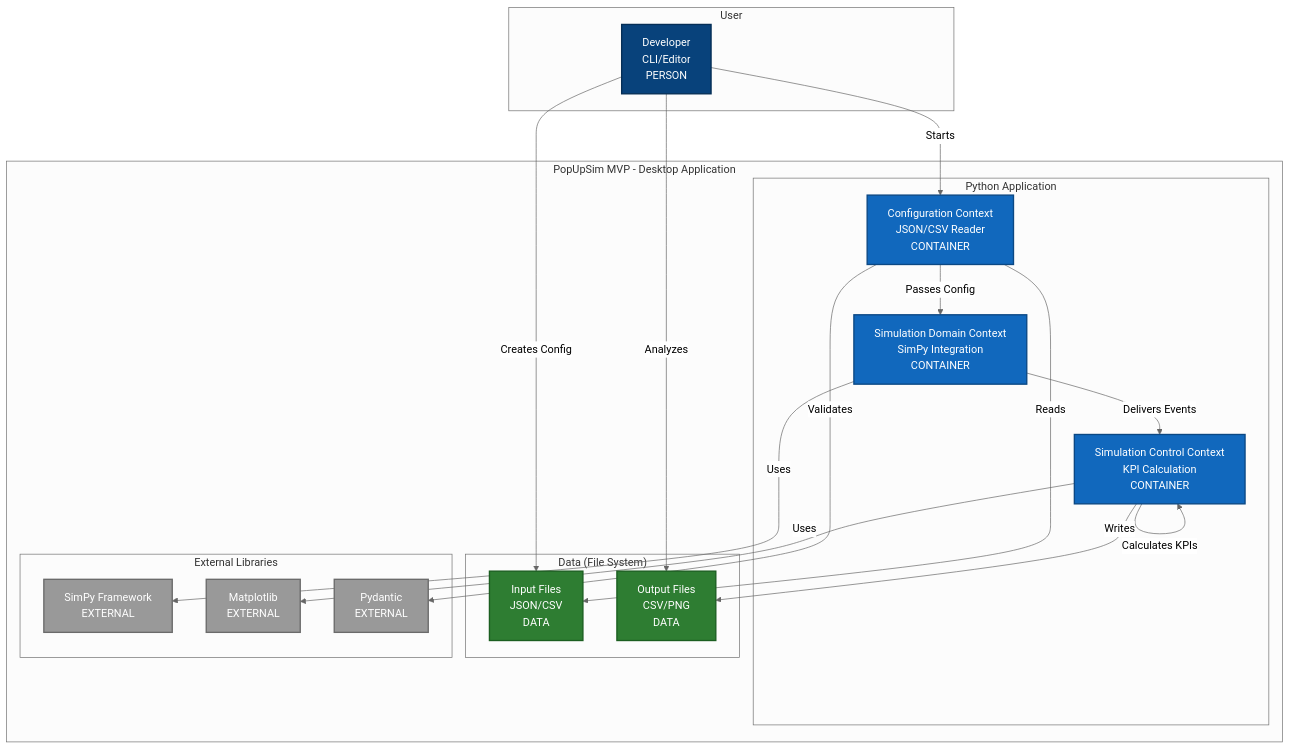
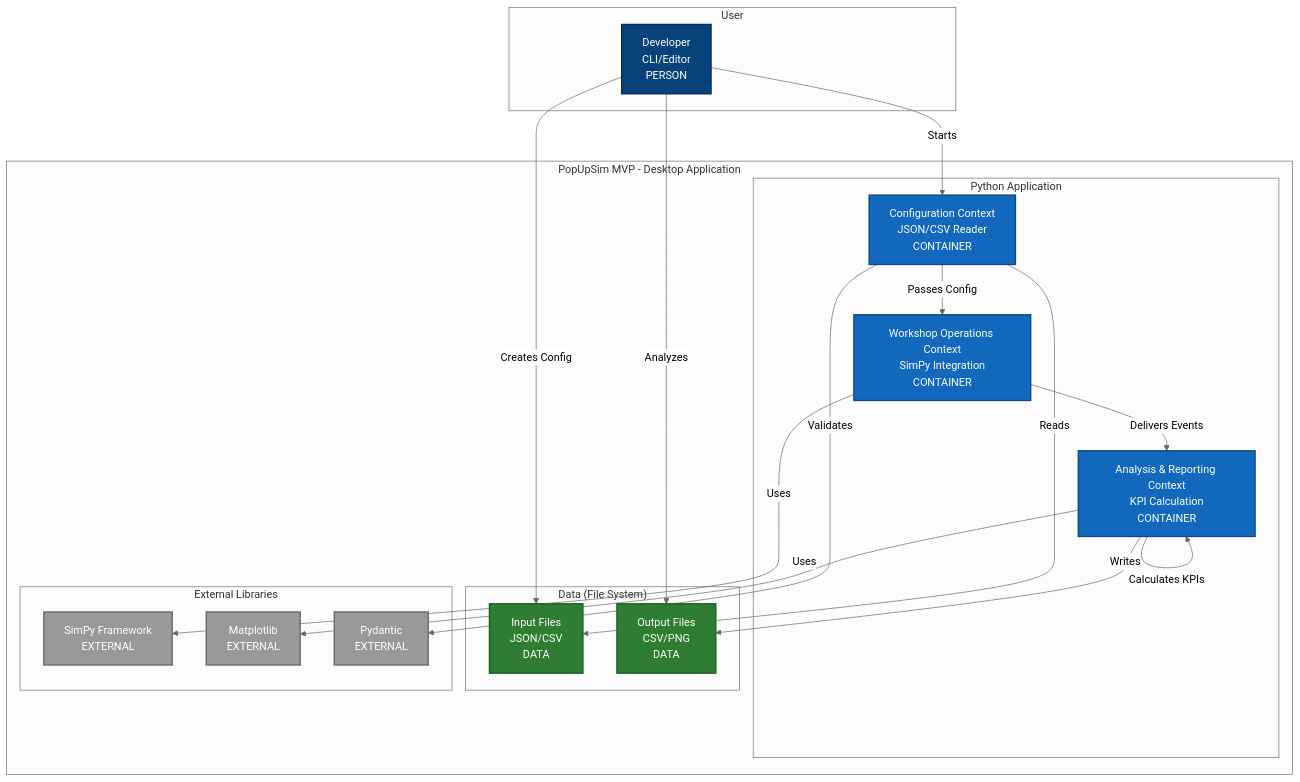
Before and after one commit to OpenRailAssociation/dac-migration-dss-popupsim: the second of 3 diagrams in docs/mvp/development/01-mvp-overview.md, drawn with Mermaid (neutral theme). The commit also changed 13 other files, not shown here.

````diff
--- a/docs/mvp/development/01-mvp-overview.md
+++ b/docs/mvp/development/01-mvp-overview.md
@@ -61,50 +61,50 @@
 ```mermaid
 graph TB
     subgraph "PopUpSim MVP - Desktop Application"
         subgraph "Python Application"
             Setup[Configuration Context<br/>JSON/CSV Reader<br/>CONTAINER]
-            Core[Simulation Domain Context<br/>SimPy Integration<br/>CONTAINER]
-            Control[Simulation Control Context<br/>KPI Calculation<br/>CONTAINER]
+            Core[Workshop Operations Context<br/>SimPy Integration<br/>CONTAINER]
+            Control[Analysis & Reporting Context<br/>KPI Calculation<br/>CONTAINER]
         end
 
         subgraph "Data (File System)"
             ConfigFiles[Input Files<br/>JSON/CSV<br/>DATA]
             ResultFiles[Output Files<br/>CSV/PNG<br/>DATA]
         end
 
         subgraph "External Libraries"
             SimPy[SimPy Framework<br/>EXTERNAL]
             Matplotlib[Matplotlib<br/>EXTERNAL]
             Pydantic[Pydantic<br/>EXTERNAL]
         end
     end
 
     subgraph "User"
         Developer[Developer<br/>CLI/Editor<br/>PERSON]
     end
 
     Developer -->|Creates Config| ConfigFiles
     Developer -->|Starts| Setup
     Developer -->|Analyzes| ResultFiles
 
     Setup -->|Reads| ConfigFiles
     Setup -->|Validates| Pydantic
     Setup -->|Passes Config| Core
 
     Core -->|Uses| SimPy
     Core -->|Delivers Events| Control
 
     Control -->|Calculates KPIs| Control
     Control -->|Uses| Matplotlib
     Control -->|Writes| ResultFiles
 
     classDef container fill:#1168bd,stroke:#0b4884,stroke-width:2px,color:#fff
     classDef data fill:#2e7d32,stroke:#1b5e20,stroke-width:2px,color:#fff
     classDef external fill:#999999,stroke:#6b6b6b,stroke-width:2px,color:#fff
     classDef person fill:#08427b,stroke:#052e56,stroke-width:2px,color:#fff
 
     class Setup,Core,Control,Output container
     class ConfigFiles,ResultFiles data
     class SimPy,Matplotlib,Pydantic external
     class Developer person
 ```
````
